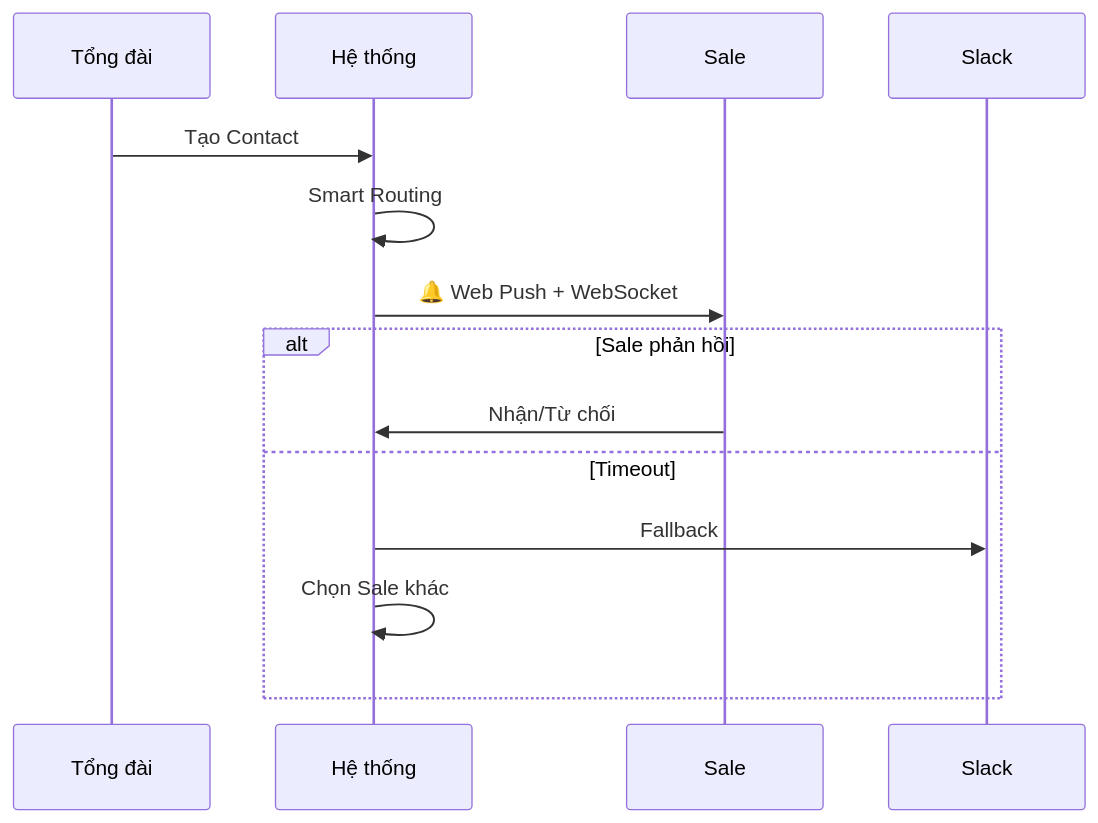
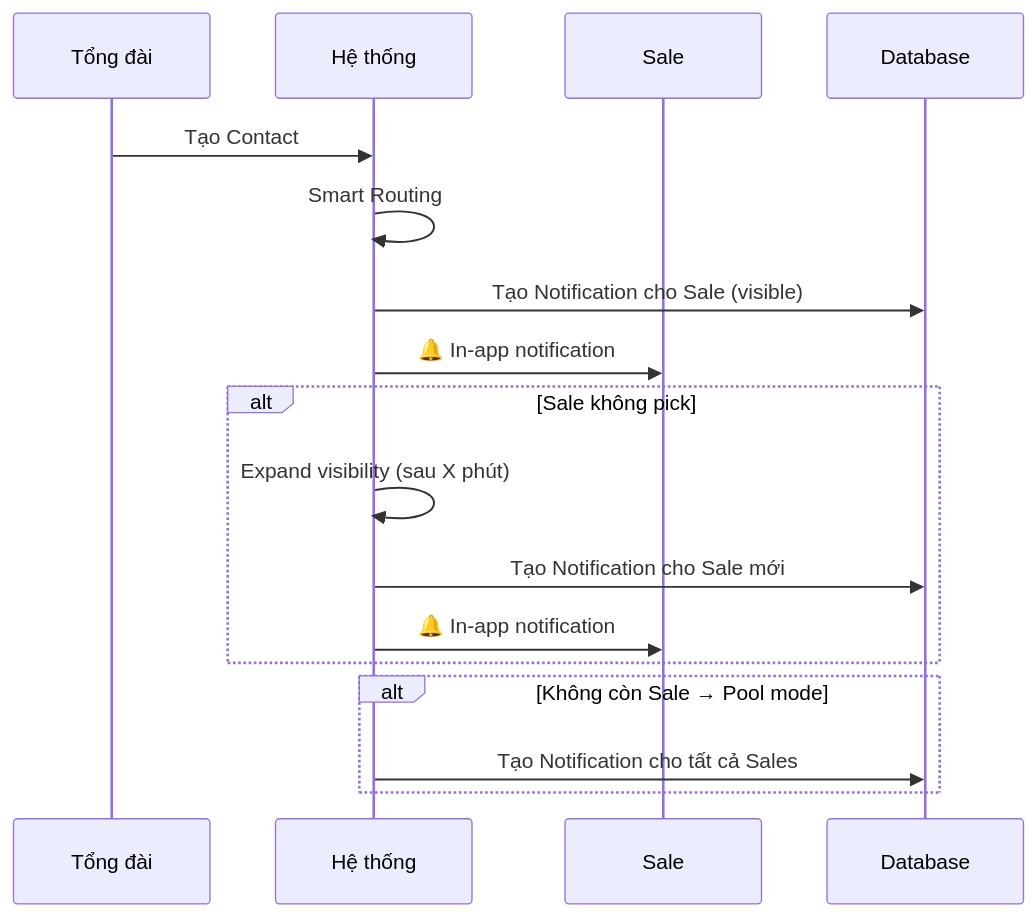
Before and after one commit to Hybro-Tech/ankhang-crm: the eighth of 8 diagrams in docs/srs/AnKhangCRM_SRS_v3.md, drawn with Mermaid. The commit also changed other lines of this file and 8 other files, not shown here.

````diff
--- a/docs/srs/AnKhangCRM_SRS_v3.md
+++ b/docs/srs/AnKhangCRM_SRS_v3.md
@@ -365,18 +367,22 @@
 ```mermaid
 sequenceDiagram
     participant TĐ as Tổng đài
     participant SYS as Hệ thống
     participant SALE as Sale
-    participant SLACK as Slack
+    participant DB as Database
 
     TĐ->>SYS: Tạo Contact
     SYS->>SYS: Smart Routing
-    SYS->>SALE: 🔔 Web Push + WebSocket
+    SYS->>DB: Tạo Notification cho Sale (visible)
+    SYS->>SALE: 🔔 In-app notification
     
-    alt Sale phản hồi
-        SALE->>SYS: Nhận/Từ chối
-    else Timeout
-        SYS->>SLACK: Fallback
-        SYS->>SYS: Chọn Sale khác
+    alt Sale không pick
+        SYS->>SYS: Expand visibility (sau X phút)
+        SYS->>DB: Tạo Notification cho Sale mới
+        SYS->>SALE: 🔔 In-app notification
+    end
+    
+    alt Không còn Sale → Pool mode
+        SYS->>DB: Tạo Notification cho tất cả Sales
     end
 ```
````
